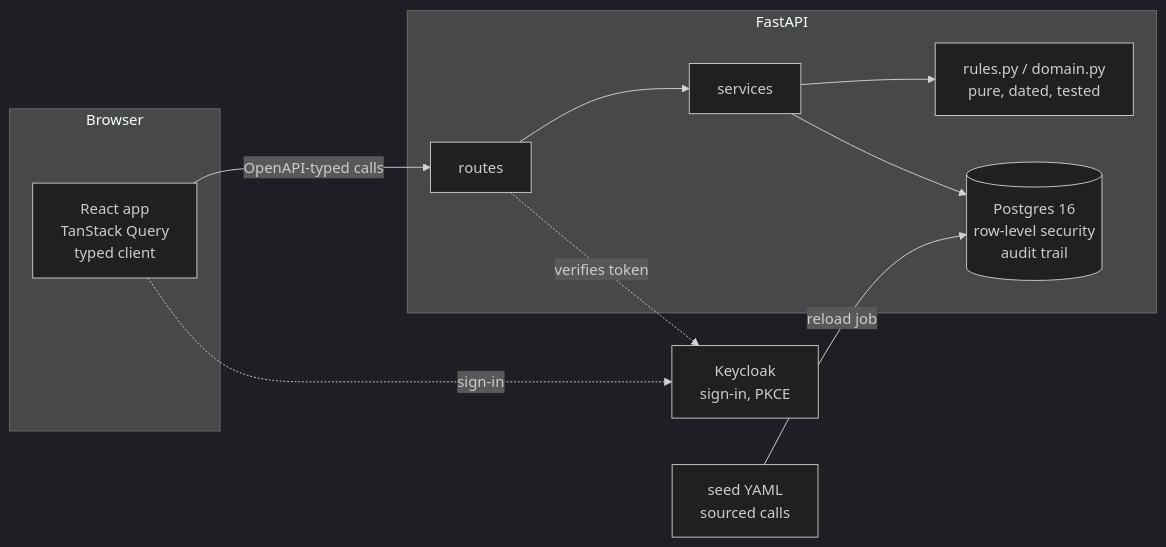
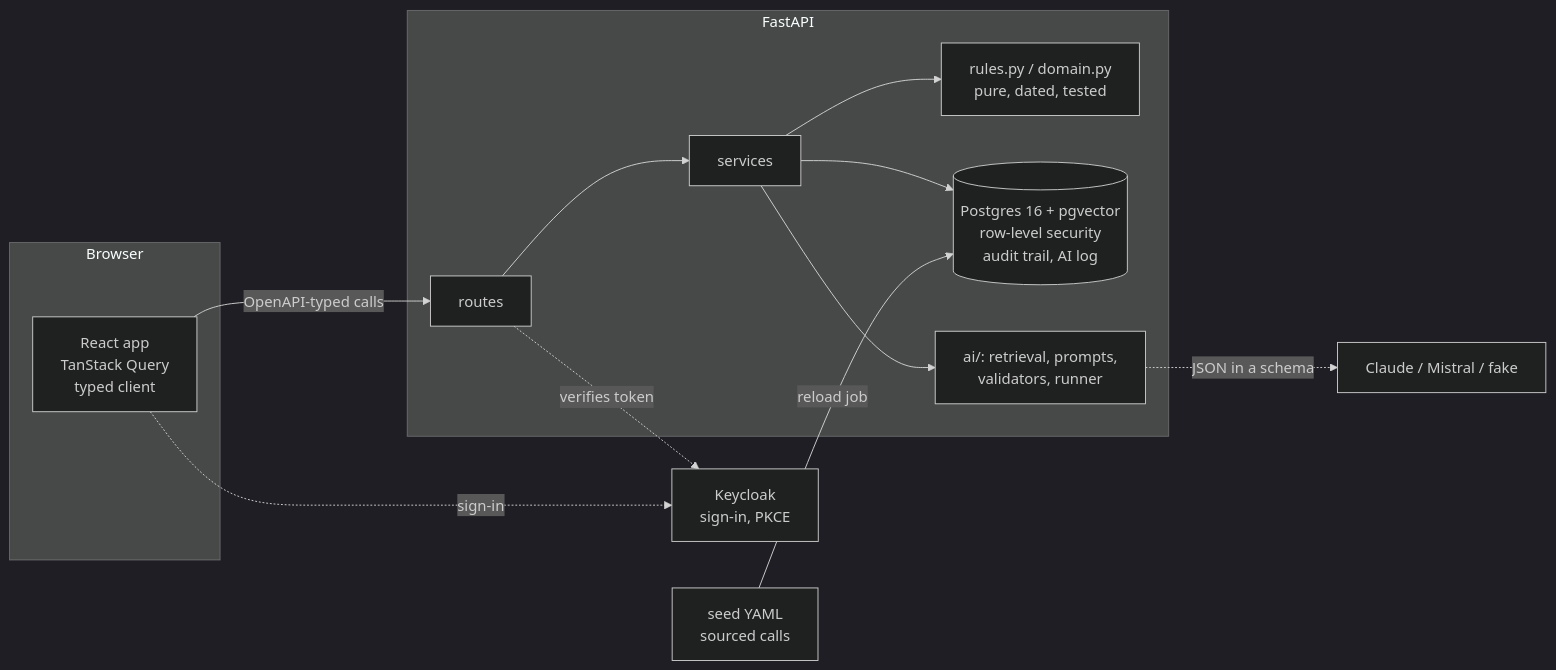
Before and after one commit to ar10000/home-base-ocean-startup-funding: the diagram in README.md, drawn with Mermaid (dark theme). The commit also changed other lines of this file and 83 other files, not shown here.

````diff
--- a/README.md
+++ b/README.md
@@ -74,16 +72,18 @@
 ```mermaid
 flowchart LR
   subgraph Browser
     W[React app<br/>TanStack Query<br/>typed client]
   end
   subgraph API[FastAPI]
     R[routes] --> S[services]
     S --> D[rules.py / domain.py<br/>pure, dated, tested]
-    S --> P[(Postgres 16<br/>row-level security<br/>audit trail)]
+    S --> P[(Postgres 16 + pgvector<br/>row-level security<br/>audit trail, AI log)]
+    S --> A[ai/: retrieval, prompts,<br/>validators, runner]
   end
+  A -. JSON in a schema .-> M[Claude / Mistral / fake]
   K[Keycloak<br/>sign-in, PKCE]
   Y[seed YAML<br/>sourced calls] -->|reload job| P
   W -- "OpenAPI-typed calls" --> R
   W -. sign-in .-> K
   R -. verifies token .-> K
 ```
````
